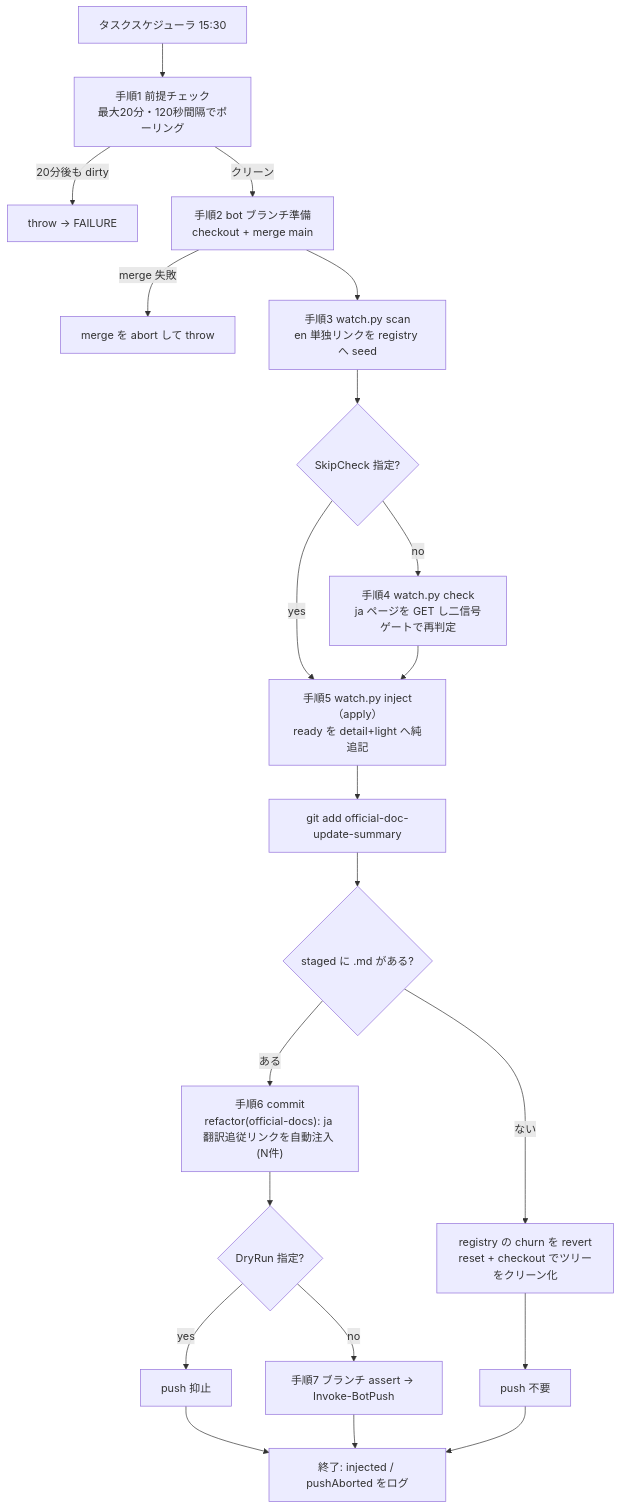
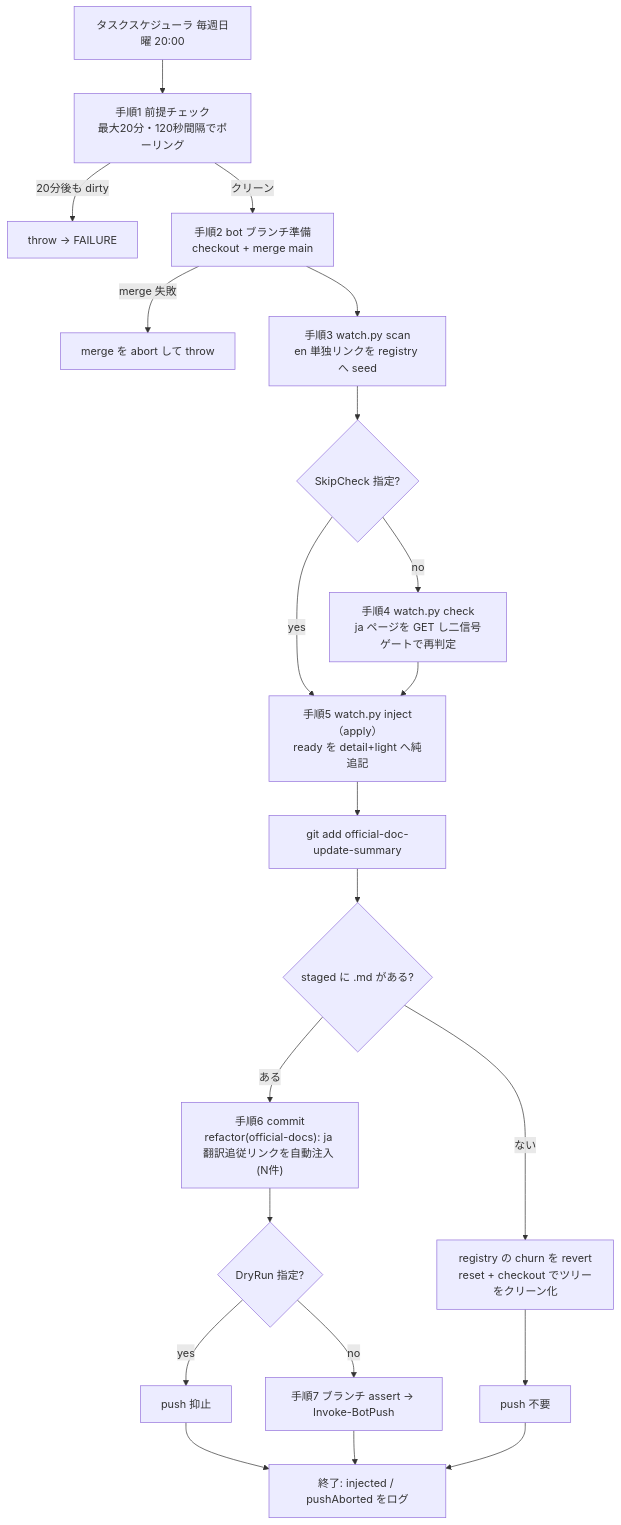
The first of 3 diagrams in .claude/docs/design/ja-follow-watch-bot.md (empty-can/LLMs), drawn with Mermaid before and after one commit. The commit also changed other lines of this file and 4 other files, not shown here.

````diff
--- a/.claude/docs/design/ja-follow-watch-bot.md
+++ b/.claude/docs/design/ja-follow-watch-bot.md
@@ -45,23 +50,23 @@
 ```mermaid
 flowchart TD
-    A["タスクスケジューラ 15:30"] --> B["手順1 前提チェック<br/>最大20分・120秒間隔でポーリング"]
+    A["タスクスケジューラ 毎週日曜 20:00"] --> B["手順1 前提チェック<br/>最大20分・120秒間隔でポーリング"]
     B -->|"20分後も dirty"| X["throw → FAILURE"]
     B -->|"クリーン"| C["手順2 bot ブランチ準備<br/>checkout + merge main"]
     C -->|"merge 失敗"| X2["merge を abort して throw"]
     C --> D["手順3 watch.py scan<br/>en 単独リンクを registry へ seed"]
     D --> E{"SkipCheck 指定?"}
     E -->|"yes"| G
     E -->|"no"| F["手順4 watch.py check<br/>ja ページを GET し二信号ゲートで再判定"]
     F --> G["手順5 watch.py inject（apply）<br/>ready を detail+light へ純追記"]
     G --> H["git add official-doc-update-summary"]
     H --> I{"staged に .md がある?"}
     I -->|"ある"| J["手順6 commit<br/>refactor(official-docs): ja 翻訳追従リンクを自動注入 (N件)"]
     I -->|"ない"| K["registry の churn を revert<br/>reset + checkout でツリーをクリーン化"]
     J --> L{"DryRun 指定?"}
     L -->|"yes"| M["push 抑止"]
     L -->|"no"| N["手順7 ブランチ assert → Invoke-BotPush"]
     K --> O["push 不要"]
     M --> Z["終了: injected / pushAborted をログ"]
     N --> Z
     O --> Z
 ```
````
